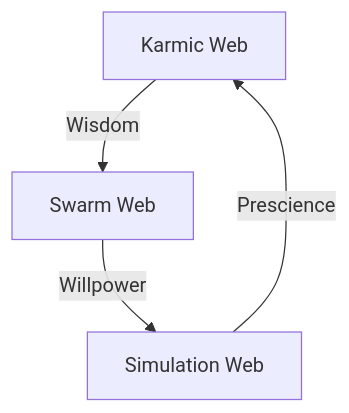
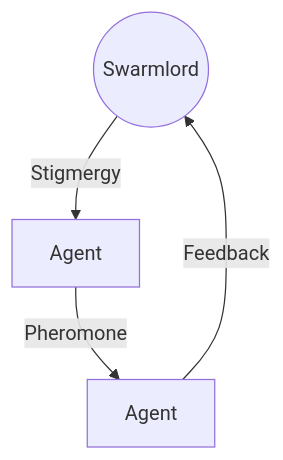
The diagram in buds/hfo_gem_gen_60/brain/manifesto_obsidian_spider.md (TTaoGaming/hfo_2025_11), drawn with Mermaid before and after one commit. The commit also changed other lines of this file and 10 other files, not shown here.

````diff
--- a/buds/hfo_gem_gen_60/brain/manifesto_obsidian_spider.md
+++ b/buds/hfo_gem_gen_60/brain/manifesto_obsidian_spider.md
@@ -191,8 +257,7 @@
 ```mermaid
 graph TD
-    K[Karmic Web] -->|Wisdom| S[Swarm Web]
-    S -->|Willpower| Sim[Simulation Web]
-    Sim -->|Prescience| K
-    %% The Trinity of our Creation
-    %% Connecting dots in Latent Space
+    Root((Swarmlord)) -->|Stigmergy| Node_A[Agent]
+    Node_A -->|Pheromone| Node_B[Agent]
+    Node_B -->|Feedback| Root
+    %% The Network is the Computer
 ```
````
